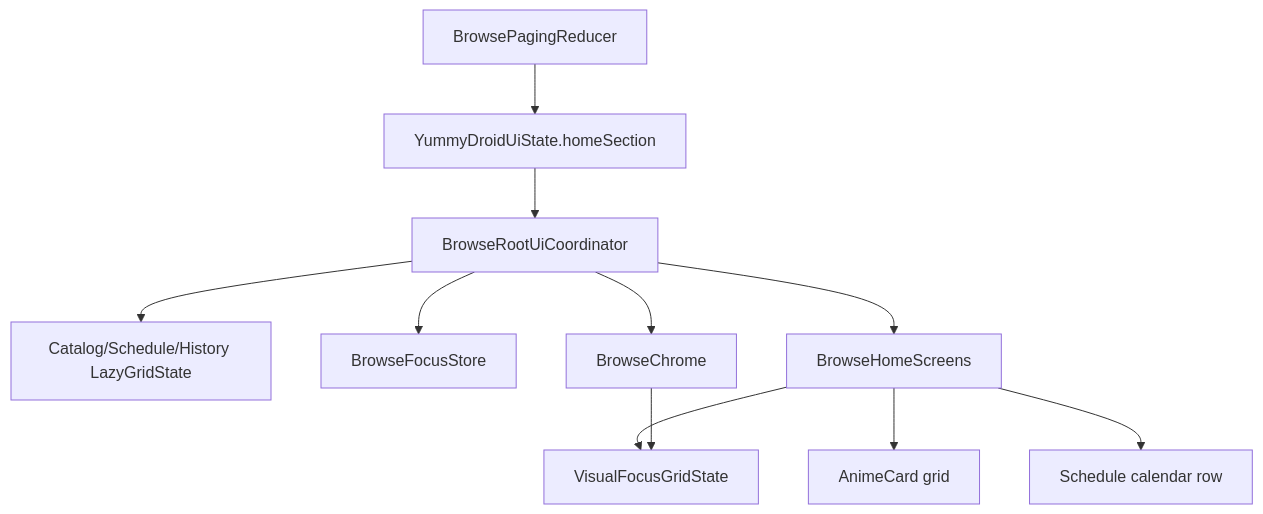
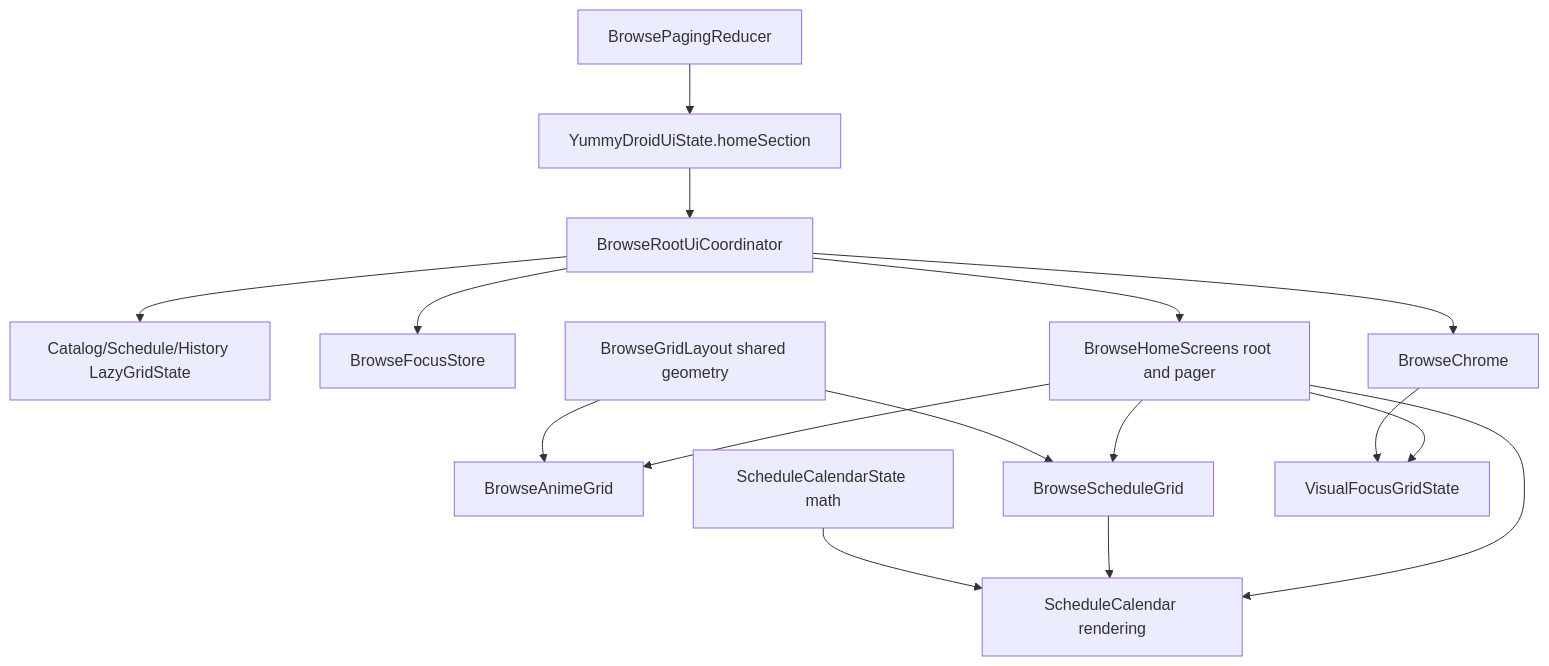
The fifth of 11 diagrams in docs/refactor-logic-map.md (saltek1995/YummyDroid), drawn with Mermaid before and after one commit. The commit also changed other lines of this file and 6 other files, not shown here.

Commit message:
Split browse rendering responsibilities

````diff
--- a/docs/refactor-logic-map.md
+++ b/docs/refactor-logic-map.md
@@ -194,24 +194,32 @@
 ```mermaid
 flowchart TD
     StateSection[YummyDroidUiState.homeSection]
     Coordinator[BrowseRootUiCoordinator]
     GridStates[Catalog/Schedule/History LazyGridState]
     FocusStore[BrowseFocusStore]
     TopChrome[BrowseChrome]
-    HomeScreens[BrowseHomeScreens]
-    Cards[AnimeCard grid]
-    Calendar[Schedule calendar row]
+    HomeScreens[BrowseHomeScreens root and pager]
+    GridLayout[BrowseGridLayout shared geometry]
+    Cards[BrowseAnimeGrid]
+    ScheduleGrid[BrowseScheduleGrid]
+    Calendar[ScheduleCalendar rendering]
+    CalendarState[ScheduleCalendarState math]
     Nav[VisualFocusGridState]
     PagingReducer[BrowsePagingReducer]
 
     StateSection --> Coordinator
     PagingReducer --> StateSection
     Coordinator --> GridStates
     Coordinator --> FocusStore
     Coordinator --> TopChrome
     Coordinator --> HomeScreens
     HomeScreens --> Cards
+    HomeScreens --> ScheduleGrid
     HomeScreens --> Calendar
+    GridLayout --> Cards
+    GridLayout --> ScheduleGrid
+    ScheduleGrid --> Calendar
+    CalendarState --> Calendar
     HomeScreens --> Nav
     TopChrome --> Nav
 ```
````
